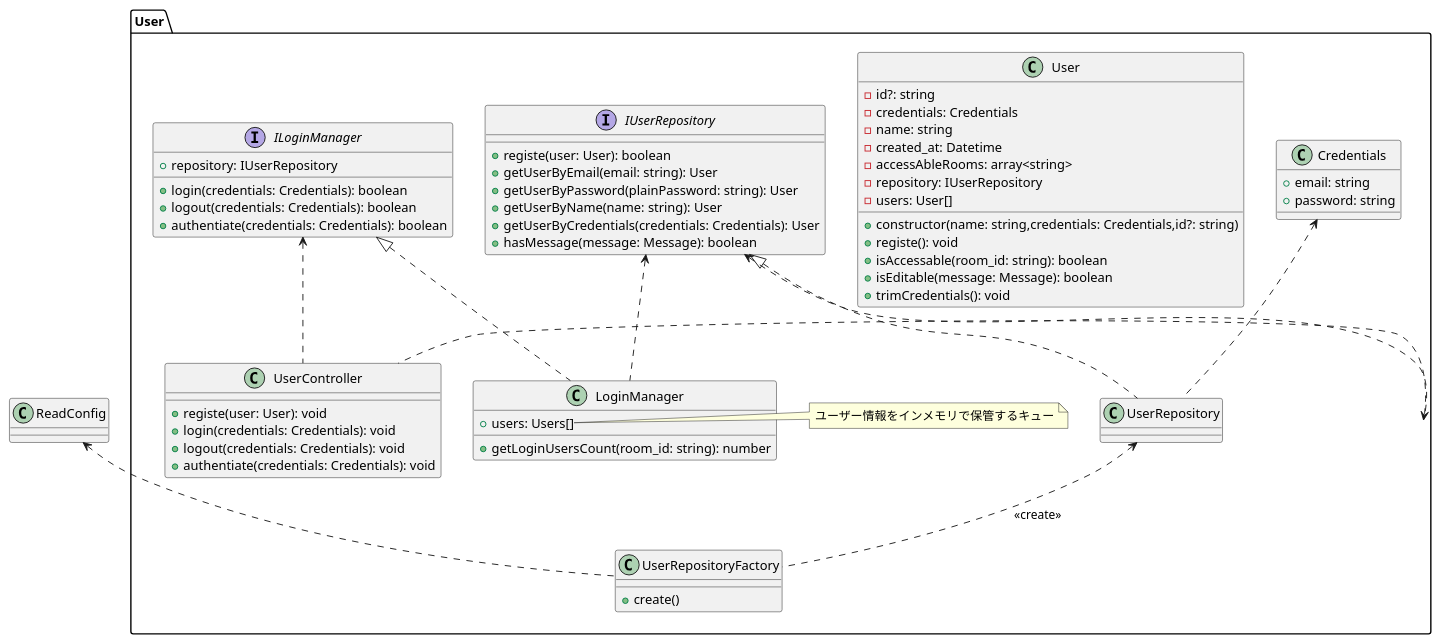
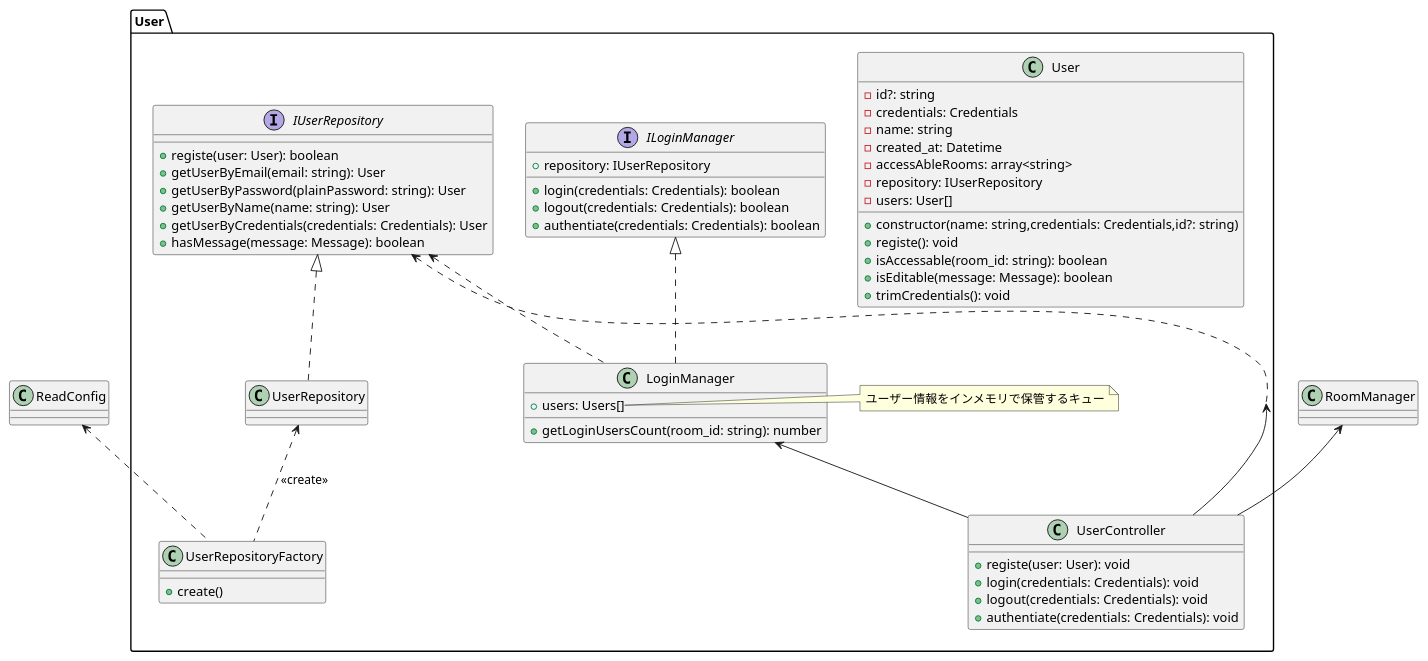
One commit to TOnodera/chatterman changed the diagram in documents/plantUML/クラス図/サーバー/クラス図User.wsd. Above: the diagram before and after it, drawn with PlantUML. The commit also changed 6 other files, not shown here.

```diff
--- a/documents/plantUML/クラス図/サーバー/クラス図User.wsd
+++ b/documents/plantUML/クラス図/サーバー/クラス図User.wsd
@@ -1,73 +1,69 @@
 @startuml
 
 package User{
-    class Credentials{
-        +email: string
-        +password: string
-    }
 
     class User{
         -id?: string
         -credentials: Credentials
         -name: string
         -created_at: Datetime
         -accessAbleRooms: array<string>
         -repository: IUserRepository
         -users: User[]
         +constructor(name: string,credentials: Credentials,id?: string)
         +registe(): void
         +isAccessable(room_id: string): boolean
         +isEditable(message: Message): boolean
         +trimCredentials(): void
     }
 
     Interface ILoginManager{
         +repository: IUserRepository
         +login(credentials: Credentials): boolean
         +logout(credentials: Credentials): boolean
         +authentiate(credentials: Credentials): boolean
     }
 
     class LoginManager{
         +users: Users[]
         +getLoginUsersCount(room_id: string): number
     }
     note right of LoginManager::users
         ユーザー情報をインメモリで保管するキュー
     endnote
 
     Interface IUserRepository{
         +registe(user: User): boolean
         +getUserByEmail(email: string): User
         +getUserByPassword(plainPassword: string): User
         +getUserByName(name: string): User
         +getUserByCredentials(credentials: Credentials): User
         +hasMessage(message: Message): boolean
     }
 
     class UserRepository
 
     class UserController{
         +registe(user: User): void
         +login(credentials: Credentials): void
         +logout(credentials: Credentials): void
         +authentiate(credentials: Credentials): void
     }
 
     class UserRepositoryFactory{
         +create()
     }
 
 }
 
-User <.. UserController
+User <-- UserController
 ILoginManager <|.. LoginManager
-ILoginManager <.. UserController
 IUserRepository <.. User
 IUserRepository <.. LoginManager
 ReadConfig <.. UserRepositoryFactory
 IUserRepository <|.. UserRepository
 UserRepository <.. UserRepositoryFactory : <<create>>
-Credentials <.. UserRepository
+RoomManager <-- UserController
+LoginManager <-- UserController
 
 @enduml
```
